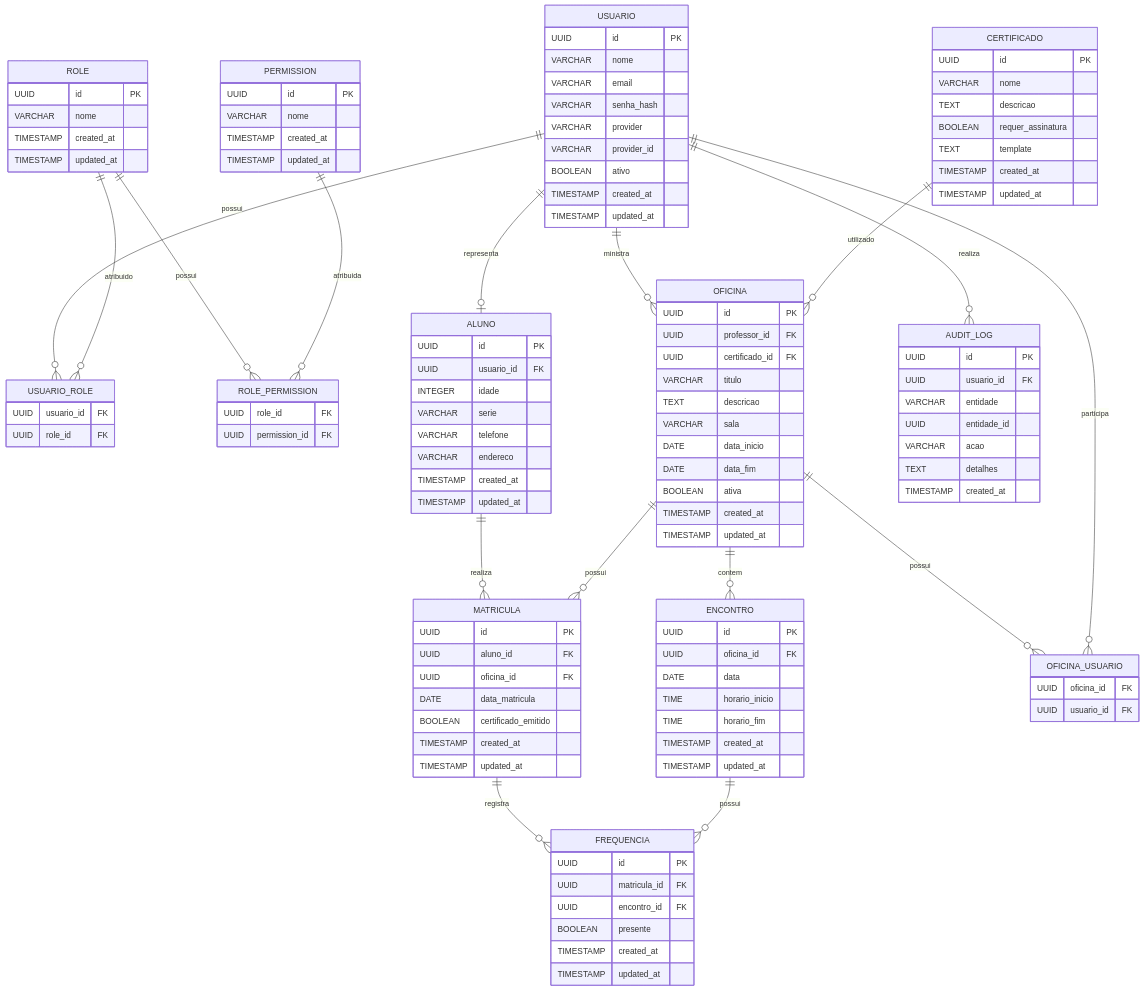
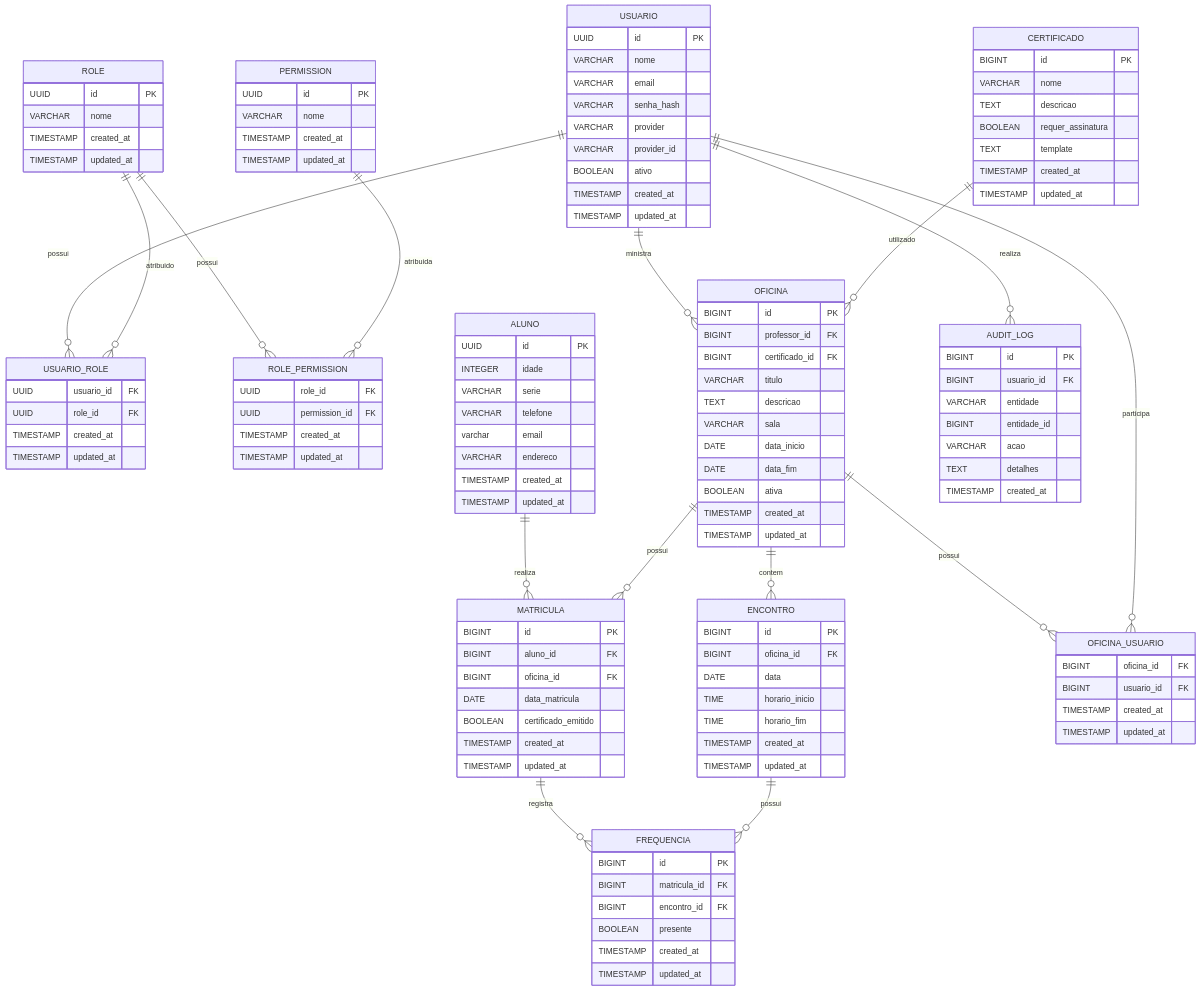
One commit to rxluk/gerenciador-oficinas-ELLP changed the diagram in README.md. Above: the diagram before and after it, drawn with Mermaid. The commit also changed other lines of this file and 11 other files, not shown here.

```diff
--- a/README.md
+++ b/README.md
@@ -180,28 +180,32 @@
     USUARIO_ROLE {
         UUID usuario_id FK
         UUID role_id FK
+        TIMESTAMP created_at
+        TIMESTAMP updated_at
     }
 
     ROLE_PERMISSION {
         UUID role_id FK
         UUID permission_id FK
+        TIMESTAMP created_at
+        TIMESTAMP updated_at
     }
 
     ALUNO {
         UUID id PK
-        UUID usuario_id FK
         INTEGER idade
         VARCHAR serie
         VARCHAR telefone
+        varchar email
         VARCHAR endereco
         TIMESTAMP created_at
         TIMESTAMP updated_at
     }
 
     OFICINA {
-        UUID id PK
-        UUID professor_id FK
-        UUID certificado_id FK
+        BIGINT id PK
+        BIGINT professor_id FK
+        BIGINT certificado_id FK
         VARCHAR titulo
         TEXT descricao
         VARCHAR sala
@@ -213,7 +217,7 @@
     }
 
     CERTIFICADO {
-        UUID id PK
+        BIGINT id PK
         VARCHAR nome
         TEXT descricao
         BOOLEAN requer_assinatura
@@ -223,9 +227,9 @@
     }
 
     MATRICULA {
-        UUID id PK
-        UUID aluno_id FK
-        UUID oficina_id FK
+        BIGINT id PK
+        BIGINT aluno_id FK
+        BIGINT oficina_id FK
         DATE data_matricula
         BOOLEAN certificado_emitido
         TIMESTAMP created_at
@@ -233,8 +237,8 @@
     }
 
     ENCONTRO {
-        UUID id PK
-        UUID oficina_id FK
+        BIGINT id PK
+        BIGINT oficina_id FK
         DATE data
         TIME horario_inicio
         TIME horario_fim
@@ -243,24 +247,26 @@
     }
 
     FREQUENCIA {
-        UUID id PK
-        UUID matricula_id FK
-        UUID encontro_id FK
+        BIGINT id PK
+        BIGINT matricula_id FK
+        BIGINT encontro_id FK
         BOOLEAN presente
         TIMESTAMP created_at
         TIMESTAMP updated_at
     }
 
     OFICINA_USUARIO {
-        UUID oficina_id FK
-        UUID usuario_id FK
+        BIGINT oficina_id FK
+        BIGINT usuario_id FK
+        TIMESTAMP created_at
+        TIMESTAMP updated_at
     }
 
     AUDIT_LOG {
-        UUID id PK
-        UUID usuario_id FK
+        BIGINT id PK
+        BIGINT usuario_id FK
         VARCHAR entidade
-        UUID entidade_id
+        BIGINT entidade_id
         VARCHAR acao
         TEXT detalhes
         TIMESTAMP created_at
@@ -271,8 +277,6 @@
 
     ROLE ||--o{ ROLE_PERMISSION : possui
     PERMISSION ||--o{ ROLE_PERMISSION : atribuida
-
-    USUARIO ||--o| ALUNO : representa
 
     USUARIO ||--o{ OFICINA : ministra
 
```
